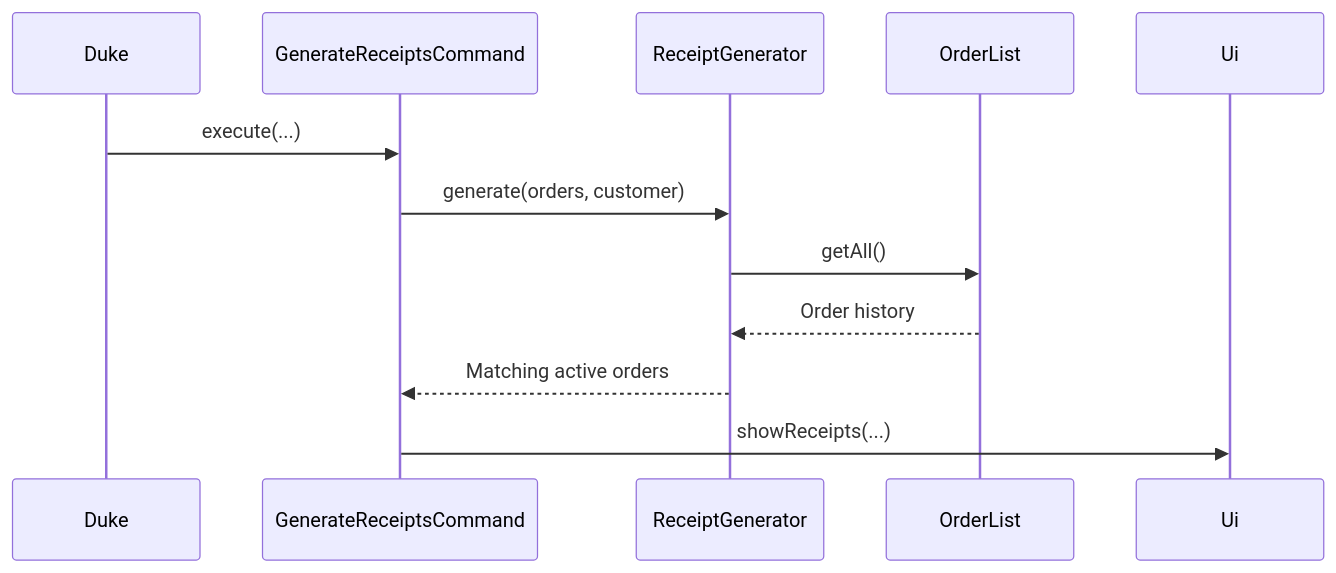
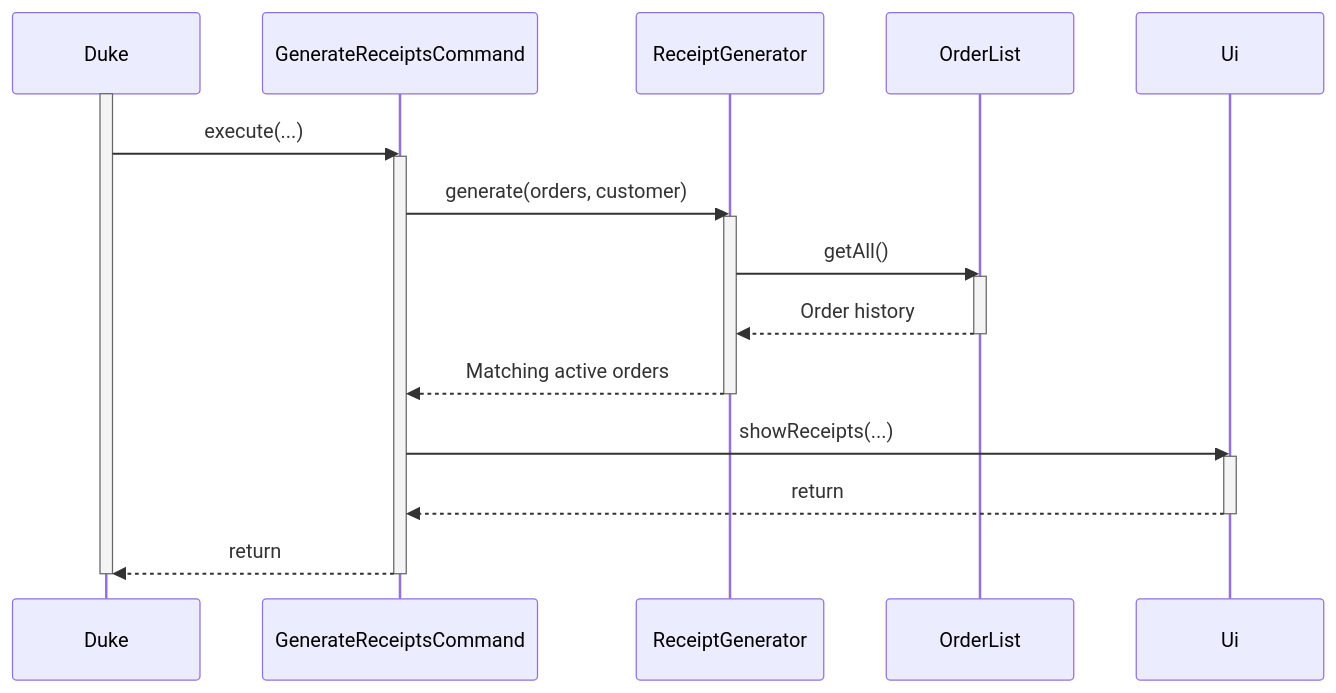
Before and after one commit to AY2627S1-CS2113-T11-1/tp: the diagram in docs/diagrams/generate-receipts.mmd, drawn with Mermaid. The commit also changed 9 other files, not shown here.

Commit message:
Add activation bars to Developer Guide sequence diagrams

```diff
--- a/docs/diagrams/generate-receipts.mmd
+++ b/docs/diagrams/generate-receipts.mmd
@@ -1,13 +1,25 @@
 sequenceDiagram
     %% Main successful flow; validation and alternatives are described in the guide.
     participant P0 as Duke
     participant P1 as GenerateReceiptsCommand
     participant P2 as ReceiptGenerator
     participant P3 as OrderList
     participant P4 as Ui
+    activate P0
     P0->>P1: execute(...)
+    activate P1
     P1->>P2: generate(orders, customer)
+    activate P2
     P2->>P3: getAll()
+    activate P3
     P3-->>P2: Order history
+    deactivate P3
     P2-->>P1: Matching active orders
+    deactivate P2
     P1->>P4: showReceipts(...)
+    activate P4
+    P4-->>P1: return
+    deactivate P4
+    P1-->>P0: return
+    deactivate P1
+    deactivate P0
```
